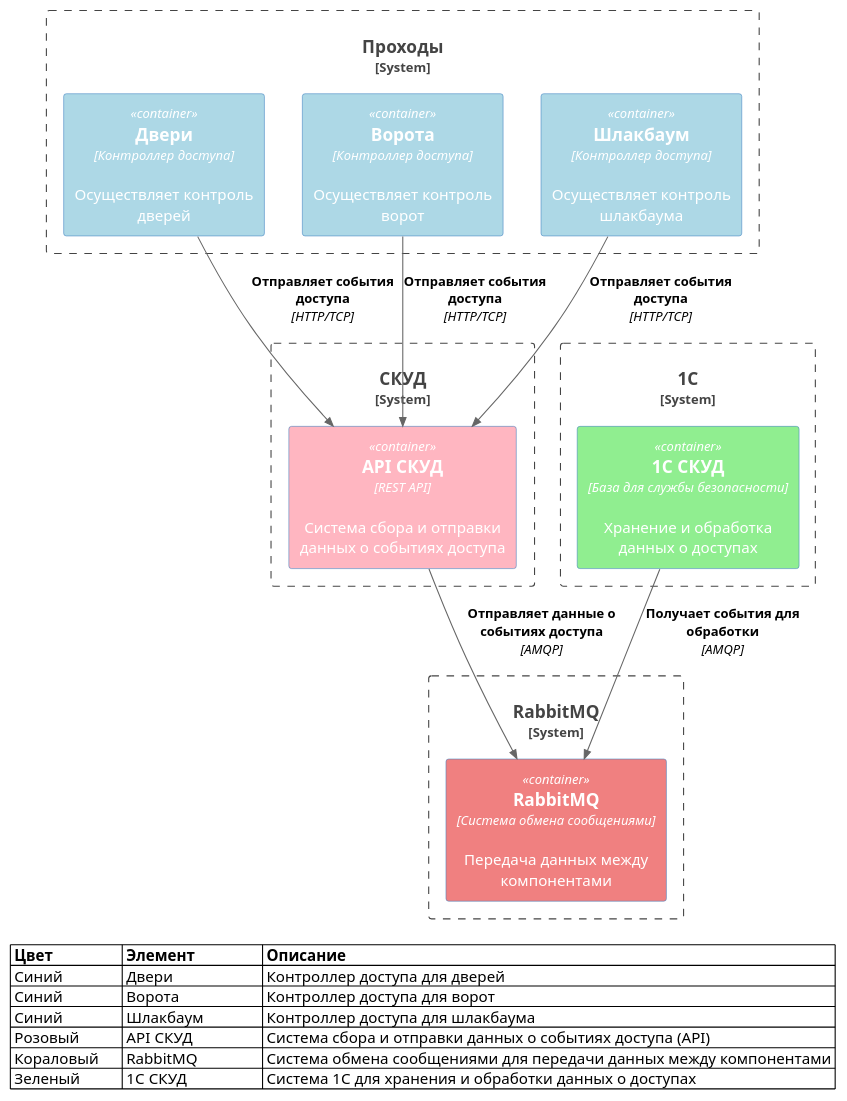
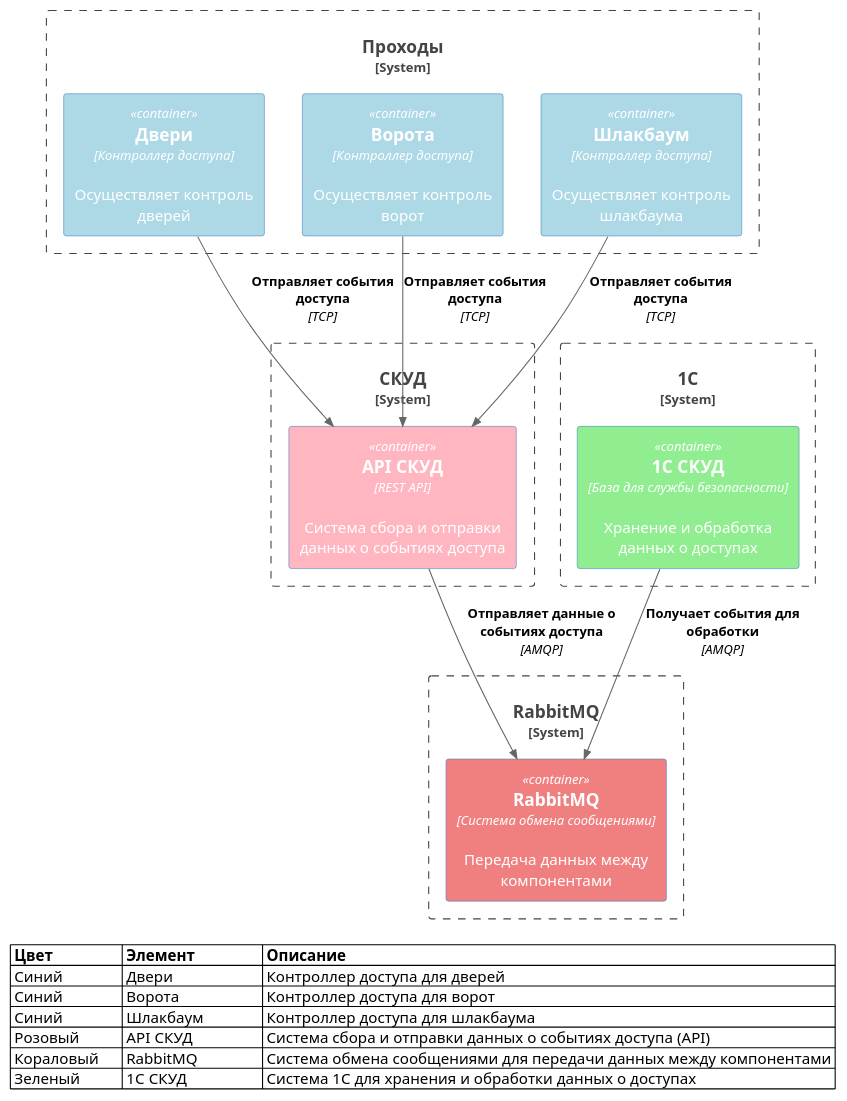
One commit to ROkDeveloper/skud changed the diagram in doc/Технический проект/Проектирование объектов метаданных (C4 - ER)/Project present C4.wsd. Above: the diagram before and after it, drawn with PlantUML. The commit also changed 13 other files, not shown here.

```diff
--- a/doc/Технический проект/Проектирование объектов метаданных (C4 - ER)/Project present C4.wsd
+++ b/doc/Технический проект/Проектирование объектов метаданных (C4 - ER)/Project present C4.wsd
@@ -1,44 +1,44 @@
 @startuml
 !include https://raw.githubusercontent.com/plantuml-stdlib/C4-PlantUML/master/C4_Container.puml
 
 ' Установка черного шрифта для всех элементов
 skinparam defaultFontColor black
 
 ' Define systems and boundaries
 System_Boundary(boundary_sku, "Проходы") {
   Container(doors, "Двери", "Контроллер доступа", "Осуществляет контроль дверей") #lightblue
   Container(gates, "Ворота", "Контроллер доступа", "Осуществляет контроль ворот") #lightblue
   Container(barrier, "Шлакбаум", "Контроллер доступа", "Осуществляет контроль шлакбаума") #lightblue
 }
 
 System_Boundary(sku_system, "СКУД") {
   Container(sku_api, "API СКУД", "REST API", "Система сбора и отправки данных о событиях доступа") #lightpink
 }
 
 System_Boundary(rabbitmq_system, "RabbitMQ") {
   Container(rabbitmq, "RabbitMQ", "Система обмена сообщениями", "Передача данных между компонентами") #lightcoral
 }
 
 System_Boundary(boundary_1c, "1С") {
   Container(1c, "1С СКУД", "База для службы безопасности", "Хранение и обработка данных о доступах") #LightGreen
 }
 
 ' Relationships
-Rel(doors, sku_api, "Отправляет события доступа", "HTTP/TCP")
-Rel(gates, sku_api, "Отправляет события доступа", "HTTP/TCP")
-Rel(barrier, sku_api, "Отправляет события доступа", "HTTP/TCP")
+Rel(doors, sku_api, "Отправляет события доступа", "TCP")
+Rel(gates, sku_api, "Отправляет события доступа", "TCP")
+Rel(barrier, sku_api, "Отправляет события доступа", "TCP")
 Rel(sku_api, rabbitmq, "Отправляет данные о событиях доступа", "AMQP")
 Rel(1c, rabbitmq, "Получает события для обработки", "AMQP")
 
 ' Легенда с подробной информацией
 legend
   | **Цвет**       | **Элемент**           | **Описание** |
   | Синий          | Двери                  | Контроллер доступа для дверей |
   | Синий          | Ворота                 | Контроллер доступа для ворот |
   | Синий          | Шлакбаум               | Контроллер доступа для шлакбаума |
   | Розовый        | API СКУД               | Система сбора и отправки данных о событиях доступа (API) |
   | Кораловый      | RabbitMQ               | Система обмена сообщениями для передачи данных между компонентами |
   | Зеленый        | 1С СКУД                | Система 1С для хранения и обработки данных о доступах |
 endlegend
 
 @enduml
```
